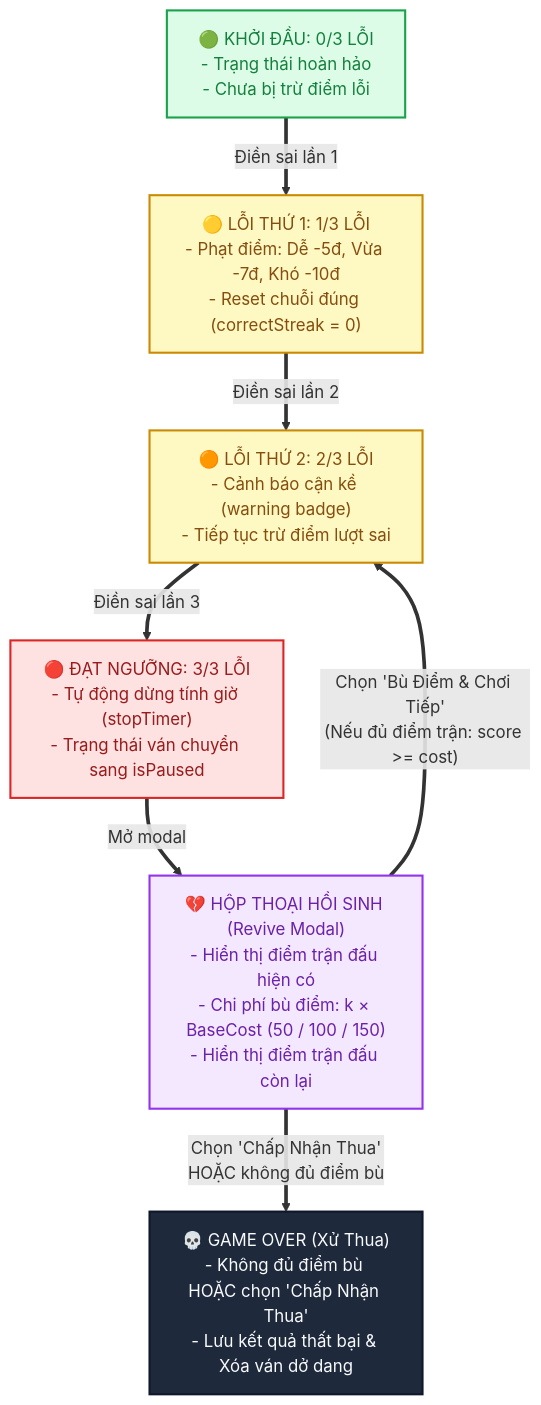
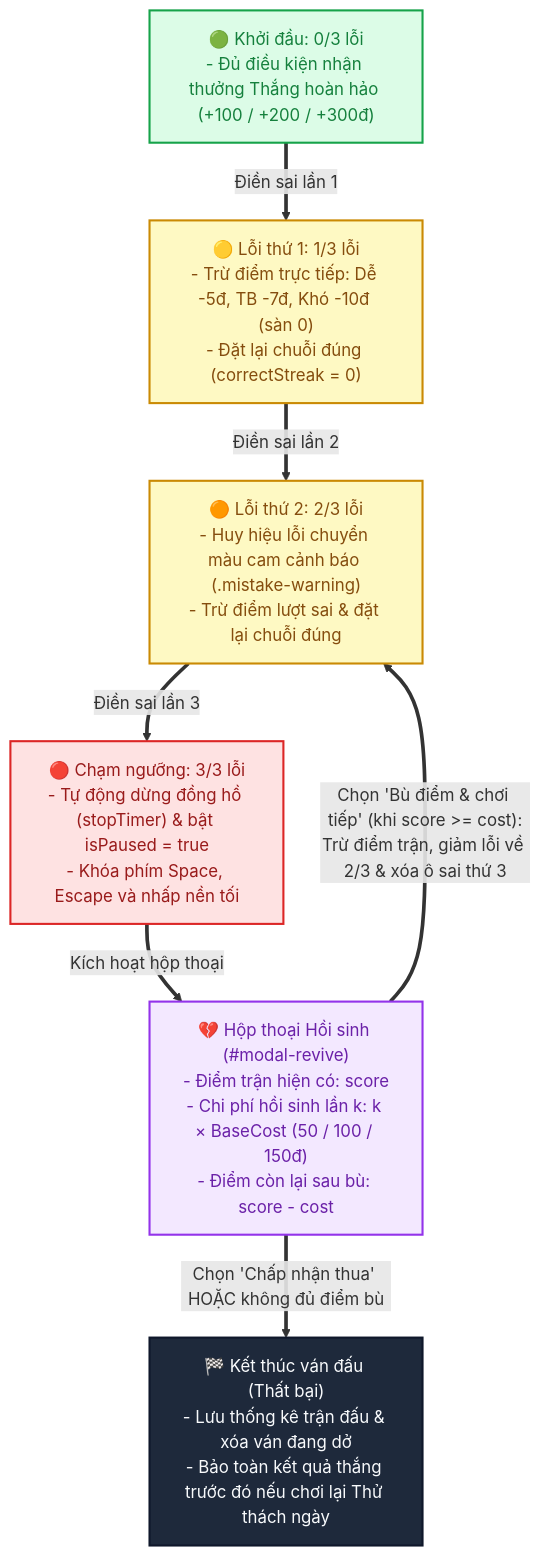
The third of 3 diagrams in docs/02_game_state_lifecycle.md (Jhanh/Sudoku_game), drawn with Mermaid before and after one commit. The commit also changed other lines of this file and 4 other files, not shown here.

````diff
--- a/docs/02_game_state_lifecycle.md
+++ b/docs/02_game_state_lifecycle.md
@@ -119,34 +129,32 @@
 ```mermaid
 flowchart TD
     classDef safe fill:#DCFCE7,stroke:#16A34A,stroke-width:2px,color:#15803D;
     classDef warn fill:#FEF9C3,stroke:#CA8A04,stroke-width:2px,color:#854D0E;
     classDef alert fill:#FEE2E2,stroke:#DC2626,stroke-width:2px,color:#991B1B;
     classDef modal fill:#F3E8FF,stroke:#9333EA,stroke-width:2px,color:#6B21A8;
     classDef finish fill:#1E293B,stroke:#0F172A,stroke-width:2px,color:#F8FAFC;
 
-    M0["🟢 KHỞI ĐẦU: 0/3 LỖI<br/>- Trạng thái hoàn hảo<br/>- Chưa bị trừ điểm lỗi"]
-    M1["🟡 LỖI THỨ 1: 1/3 LỖI<br/>- Phạt điểm: Dễ -5đ, Vừa -7đ, Khó -10đ<br/>- Reset chuỗi đúng (correctStreak = 0)"]
-    M2["🟠 LỖI THỨ 2: 2/3 LỖI<br/>- Cảnh báo cận kề (warning badge)<br/>- Tiếp tục trừ điểm lượt sai"]
-    M3["🔴 ĐẠT NGƯỠNG: 3/3 LỖI<br/>- Tự động dừng tính giờ (stopTimer)<br/>- Trạng thái ván chuyển sang isPaused"]
+    M0["🟢 Khởi đầu: 0/3 lỗi<br/>- Đủ điều kiện nhận thưởng Thắng hoàn hảo (+100 / +200 / +300đ)"]
+    M1["🟡 Lỗi thứ 1: 1/3 lỗi<br/>- Trừ điểm trực tiếp: Dễ -5đ, TB -7đ, Khó -10đ (sàn 0)<br/>- Đặt lại chuỗi đúng (correctStreak = 0)"]
+    M2["🟠 Lỗi thứ 2: 2/3 lỗi<br/>- Huy hiệu lỗi chuyển màu cam cảnh báo (.mistake-warning)<br/>- Trừ điểm lượt sai & đặt lại chuỗi đúng"]
+    M3["🔴 Chạm ngưỡng: 3/3 lỗi<br/>- Tự động dừng đồng hồ (stopTimer) & bật isPaused = true<br/>- Khóa phím Space, Escape và nhấp nền tối"]
 
-    MODAL_REVIVE["💔 HỘP THOẠI HỒI SINH (Revive Modal)<br/>- Hiển thị điểm trận đấu hiện có<br/>- Chi phí bù điểm: k × BaseCost (50 / 100 / 150)<br/>- Hiển thị điểm trận đấu còn lại"]
+    MODAL_REVIVE["💔 Hộp thoại Hồi sinh (#modal-revive)<br/>- Điểm trận hiện có: score<br/>- Chi phí hồi sinh lần k: k × BaseCost (50 / 100 / 150đ)<br/>- Điểm còn lại sau bù: score - cost"]
 
-    GAME_OVER["💀 GAME OVER (Xử Thua)<br/>- Không đủ điểm bù HOẶC chọn 'Chấp Nhận Thua'<br/>- Lưu kết quả thất bại & Xóa ván dở dang"]
+    GAME_OVER["🏁 Kết thúc ván đấu (Thất bại)<br/>- Lưu thống kê trận đấu & xóa ván đang dở<br/>- Bảo toàn kết quả thắng trước đó nếu chơi lại Thử thách ngày"]
 
     M0 ==>|"Điền sai lần 1"| M1
     M1 ==>|"Điền sai lần 2"| M2
     M2 ==>|"Điền sai lần 3"| M3
-    M3 ==>|"Mở modal"| MODAL_REVIVE
+    M3 ==>|"Kích hoạt hộp thoại"| MODAL_REVIVE
 
-    MODAL_REVIVE ==>|"Chọn 'Bù Điểm & Chơi Tiếp'<br/>(Nếu đủ điểm trận: score >= cost)"| M2
-    MODAL_REVIVE ==>|"Chọn 'Chấp Nhận Thua'<br/>HOẶC không đủ điểm bù"| GAME_OVER
-
-    %% Lưu ý chống gian lận: Thao tác Hoàn tác (Undo) chỉ xóa nước đi sai trên ô cờ và phục hồi ghi chú cũ. Số lỗi vi phạm (1/3 hoặc 2/3) và điểm phạt đã trừ là bất khả đảo ngược.
+    MODAL_REVIVE ==>|"Chọn 'Bù điểm & chơi tiếp' (khi score >= cost):<br/>Trừ điểm trận, giảm lỗi về 2/3 & xóa ô sai thứ 3"| M2
+    MODAL_REVIVE ==>|"Chọn 'Chấp nhận thua' HOẶC không đủ điểm bù"| GAME_OVER
 
     class M0 safe;
     class M1 warn;
     class M2 warn;
     class M3 alert;
     class MODAL_REVIVE modal;
     class GAME_OVER finish;
 ```
````
